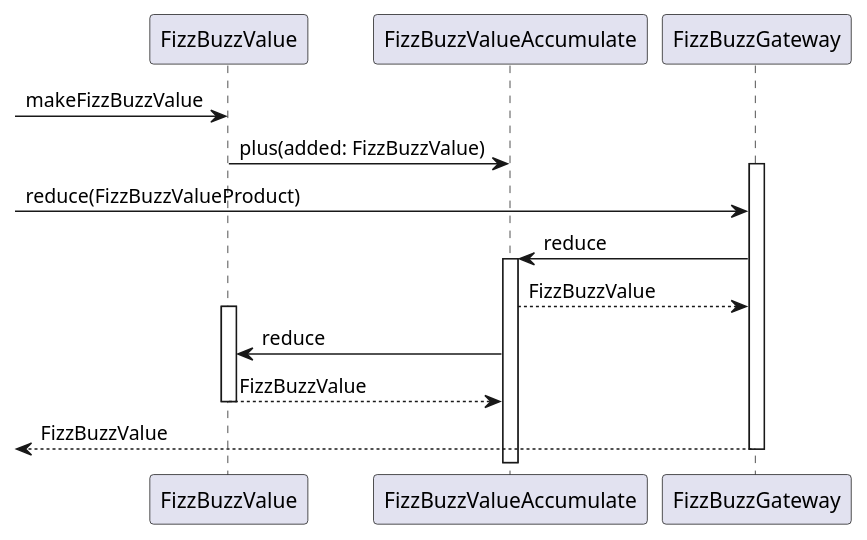
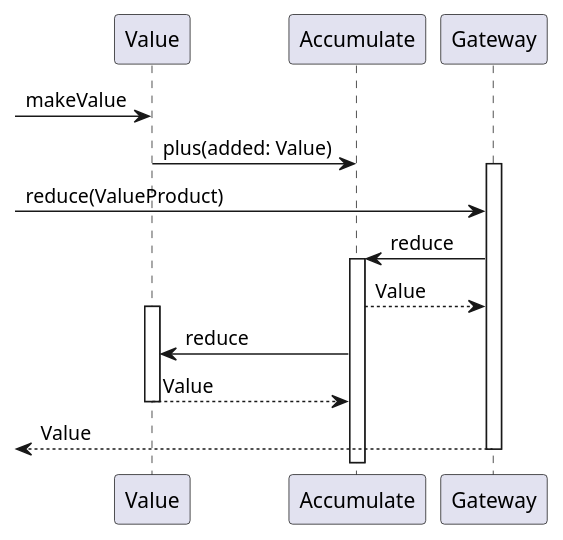
The eighth of 8 diagrams in docs/src/fizzbuzz.md (k2works/etude_for_java), drawn with PlantUML before and after one commit. The commit also changed other lines of this file and 9 other files, not shown here.

First line of the commit message:
FizzBuzz #EFJ-8

````diff
--- a/docs/src/fizzbuzz.md
+++ b/docs/src/fizzbuzz.md
@@ -171,18 +174,18 @@
 ```puml
 @startuml
-   -> FizzBuzzValue :makeFizzBuzzValue
-   FizzBuzzValue -> FizzBuzzValueAccumulate :plus(added: FizzBuzzValue)
-   activate FizzBuzzGateway
-   -> FizzBuzzGateway :reduce(FizzBuzzValueProduct)
-      FizzBuzzGateway -> FizzBuzzValueAccumulate :reduce
-      activate FizzBuzzValueAccumulate
-        FizzBuzzGateway <-- FizzBuzzValueAccumulate :FizzBuzzValue
-          activate FizzBuzzValue
-            FizzBuzzValueAccumulate -> FizzBuzzValue :reduce
-            FizzBuzzValue --> FizzBuzzValueAccumulate :FizzBuzzValue
-          deactivate FizzBuzzValue
-      deactivate FizzBuzzValue
-   <-- FizzBuzzGateway :FizzBuzzValue
-   deactivate FizzBuzzGateway
+   -> Value :makeValue
+   Value -> Accumulate :plus(added: Value)
+   activate Gateway
+   -> Gateway :reduce(ValueProduct)
+      Gateway -> Accumulate :reduce
+      activate Accumulate
+        Gateway <-- Accumulate :Value
+          activate Value
+            Accumulate -> Value :reduce
+            Value --> Accumulate :Value
+          deactivate Value
+      deactivate Value
+   <-- Gateway :Value
+   deactivate Gateway
 @enduml
 ```
````
